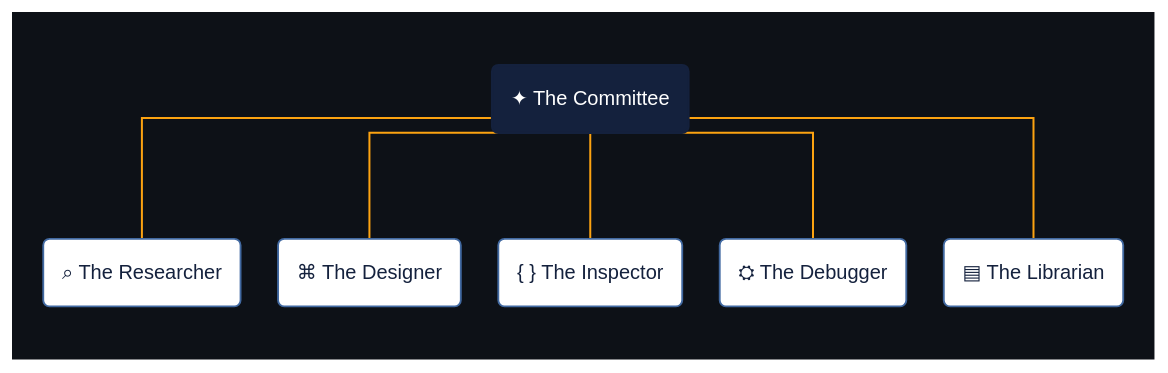
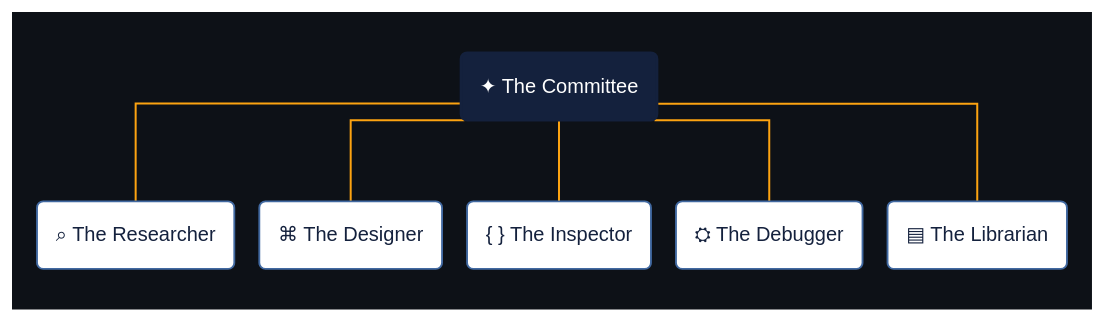
The diagram in README.md (w-gluza/claude-toolkit), drawn with Mermaid before and after one commit. The commit also changed other lines of this file, not shown here.

Commit message:
docs: refine Committee diagram styling

````diff
--- a/README.md
+++ b/README.md
@@ -17,34 +18,39 @@
 ```mermaid
 ---
 config:
   theme: base
+  look: classic
   themeVariables:
     background: "#0D1117"
+    fontFamily: "Arial, Helvetica, sans-serif"
+    fontSize: "16px"
   flowchart:
     curve: stepAfter
-    nodeSpacing: 30
-    rankSpacing: 60
+    nodeSpacing: 20
+    rankSpacing: 40
+    wrappingWidth: 240
+    minNodeWidth: 170
 ---
 flowchart TB
     subgraph PANEL[" "]
         direction TB
 
         C("✦ The Committee")
 
         C --- R("⌕ The Researcher")
         C --- D("⌘ The Designer")
         C --- I("{ } The Inspector")
         C --- G("⛭ The Debugger")
         C --- L("▤ The Librarian")
     end
 
     classDef primary fill:#14213D,stroke:#14213D,color:#FFFFFF,stroke-width:2px
     classDef outlined fill:#FFFFFF,stroke:#4169A1,color:#14213D,stroke-width:1.5px
 
     class C primary
-    class D,R,G,I,L outlined
+    class R,D,I,G,L outlined
 
     style PANEL fill:#0D1117,stroke:#0D1117,stroke-width:0px
 
     linkStyle default stroke:#FCA311,stroke-width:1.6px
 ```
````
